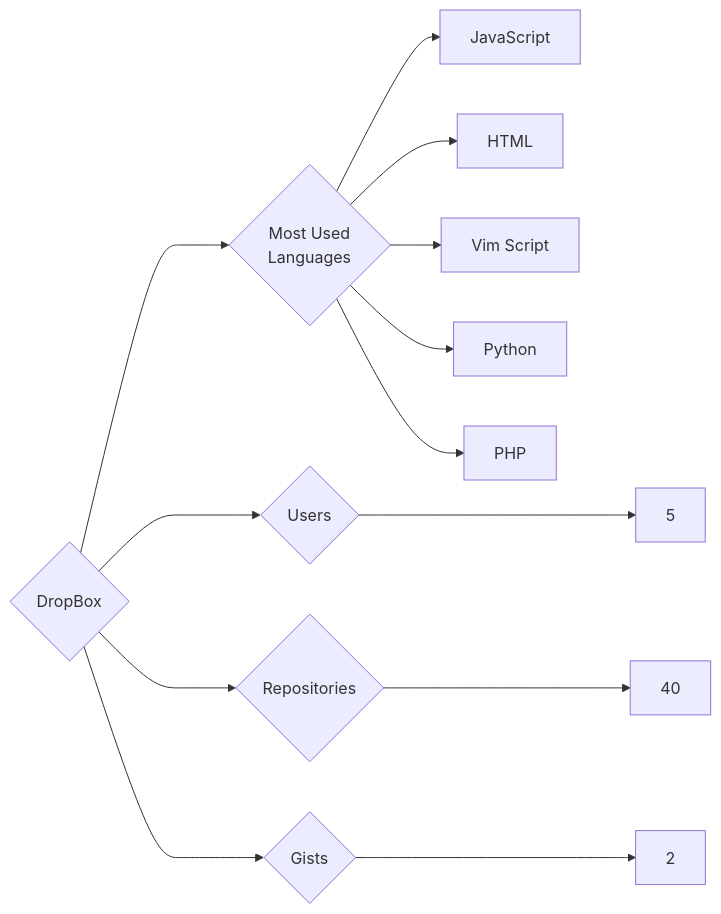
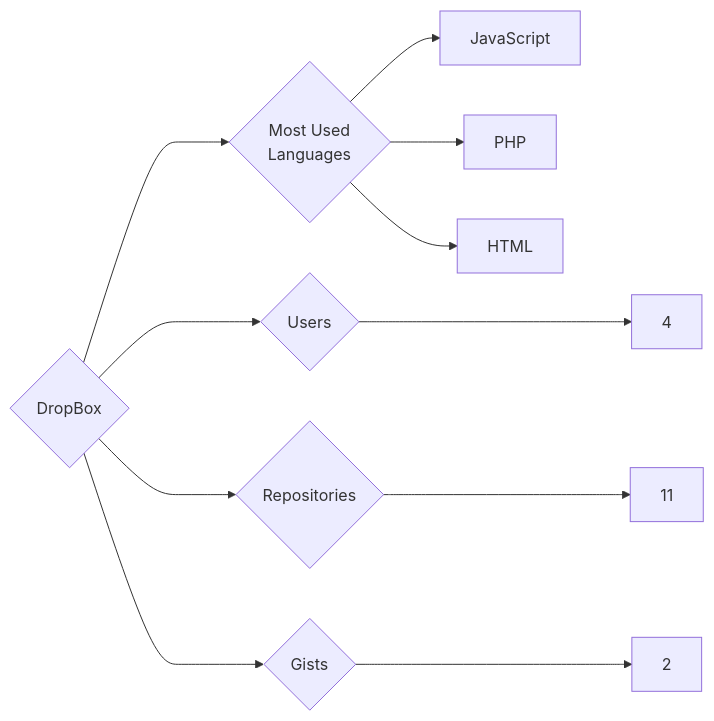
One commit to trickest/insiders changed the diagram in targets/DropBox/README.md. Above: the diagram before and after it, drawn with Mermaid. The commit also changed 776 other files, not shown here.

````diff
--- a/targets/DropBox/README.md
+++ b/targets/DropBox/README.md
@@ -3,13 +3,11 @@
 ```mermaid
 graph LR
 COMPANY_NAME{DropBox}
-COMPANY_NAME ---> U{Users} ---> UN[5]
-COMPANY_NAME ---> R{Repositories} ---> RN[40]
+COMPANY_NAME ---> U{Users} ---> UN[4]
+COMPANY_NAME ---> R{Repositories} ---> RN[11]
 COMPANY_NAME ---> G{Gists} ---> GN[2]
 COMPANY_NAME ---> ML{Most Used<br>Languages}
 ML --> JavaScript[JavaScript]
+ML --> PHP[PHP]
 ML --> HTML[HTML]
-ML --> Vim_Script[Vim Script]
-ML --> Python[Python]
-ML --> PHP[PHP]
 ```
````
